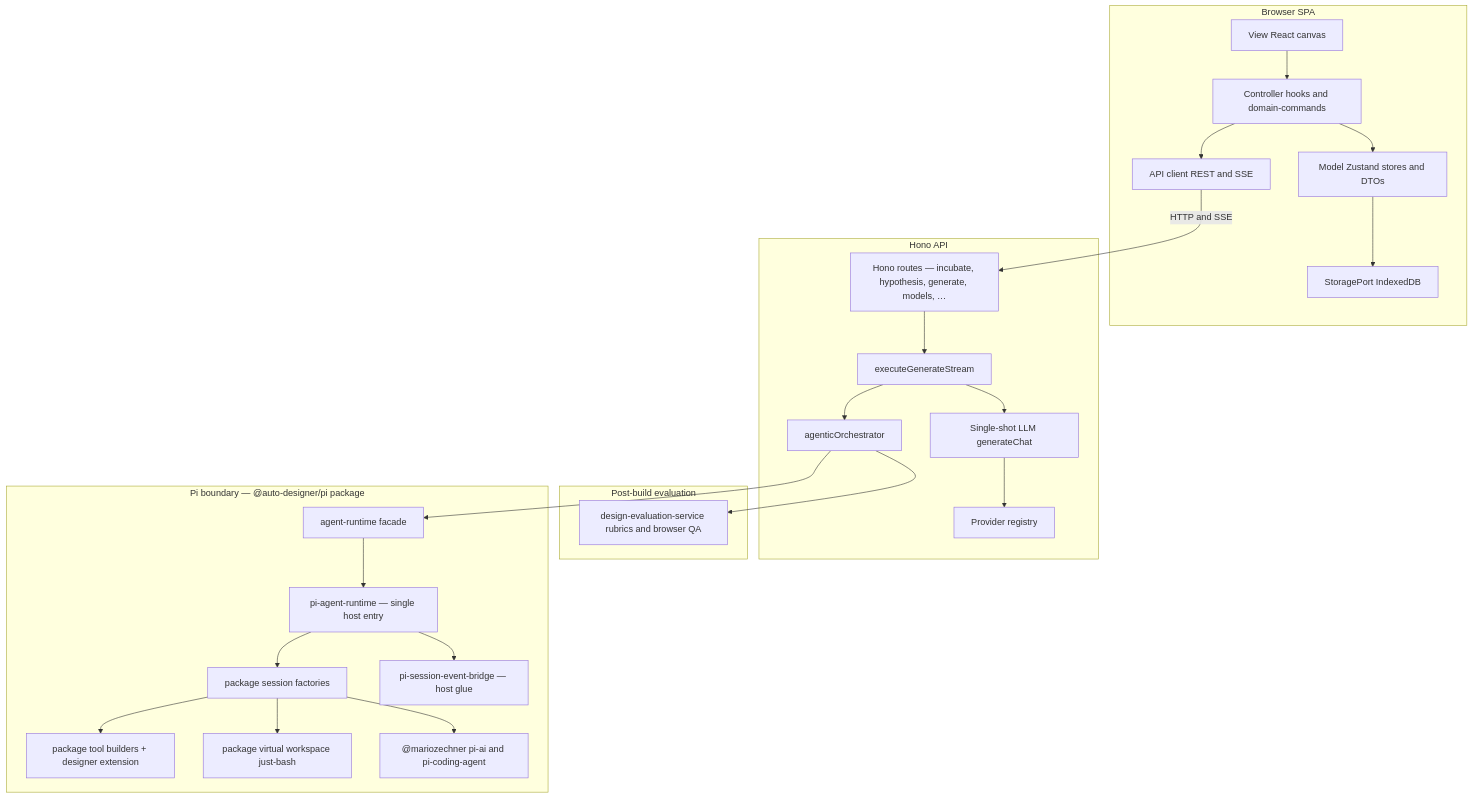
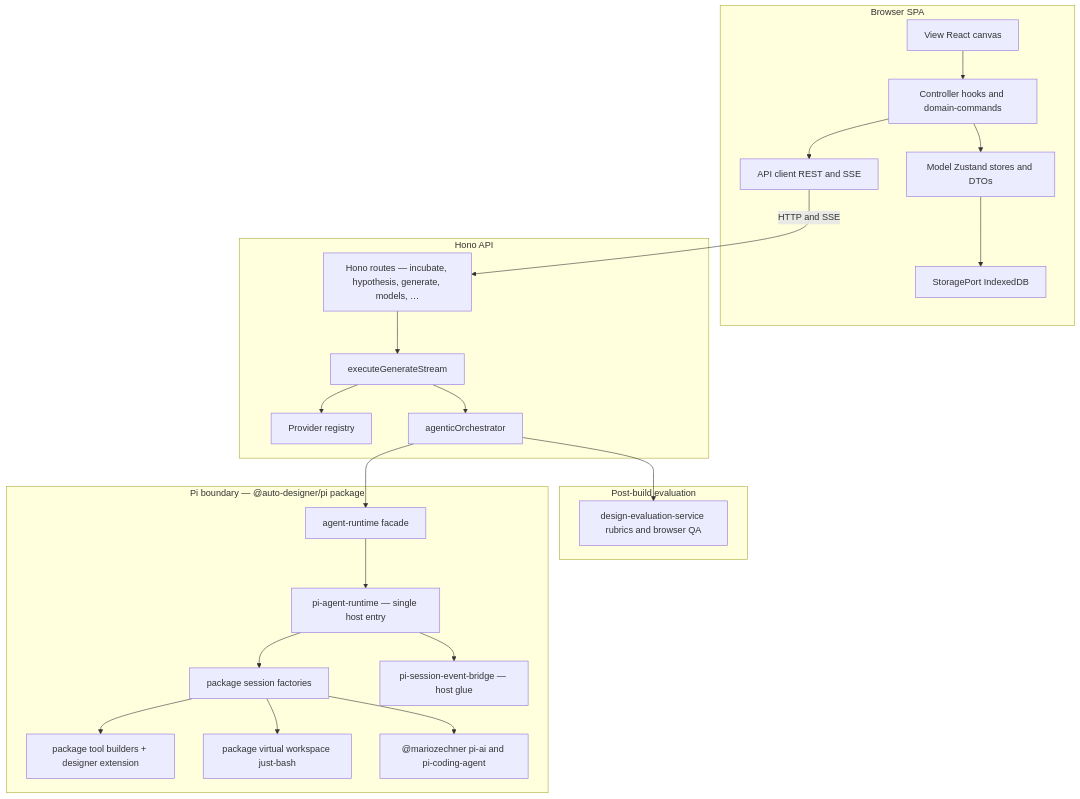
The second of 4 diagrams in ARCHITECTURE.md (wolfyy970/auto-designer), drawn with Mermaid before and after one commit. The commit also changed other lines of this file and 139 other files, not shown here.

````diff
--- a/ARCHITECTURE.md
+++ b/ARCHITECTURE.md
@@ -43,51 +43,49 @@
 ```mermaid
 flowchart TB
   subgraph client [Browser SPA]
     viewLayer[View React canvas]
     controllerLayer[Controller hooks and domain-commands]
     modelLayer[Model Zustand stores and DTOs]
     storagePort[StoragePort IndexedDB]
     apiClient[API client REST and SSE]
     viewLayer --> controllerLayer
     controllerLayer --> modelLayer
     controllerLayer --> apiClient
     modelLayer --> storagePort
   end
 
   subgraph server [Hono API]
     routes[Hono routes — incubate, hypothesis, generate, models, …]
     genExec[executeGenerateStream]
-    singleShot[Single-shot LLM generateChat]
     providers[Provider registry]
     agentOrch[agenticOrchestrator]
     routes --> genExec
-    genExec --> singleShot
     genExec --> agentOrch
-    singleShot --> providers
+    genExec --> providers
   end
 
   subgraph evaluation [Post-build evaluation]
     evalSvc[design-evaluation-service rubrics and browser QA]
   end
 
   subgraph piAdapter [Pi boundary — @auto-designer/pi package]
     runtime[agent-runtime facade]
     piRuntime[pi-agent-runtime — single host entry]
     pkgSession[package session factories]
     pkgTools[package tool builders + designer extension]
     pkgVfs[package virtual workspace just-bash]
     piNpm["@mariozechner pi-ai and pi-coding-agent"]
     eventBridge[pi-session-event-bridge — host glue]
     runtime --> piRuntime
     piRuntime --> pkgSession
     pkgSession --> pkgTools
     pkgSession --> pkgVfs
     pkgSession --> piNpm
     piRuntime --> eventBridge
   end
 
   agentOrch --> evalSvc
   agentOrch --> runtime
 
   apiClient -->|HTTP and SSE| routes
 ```
````
